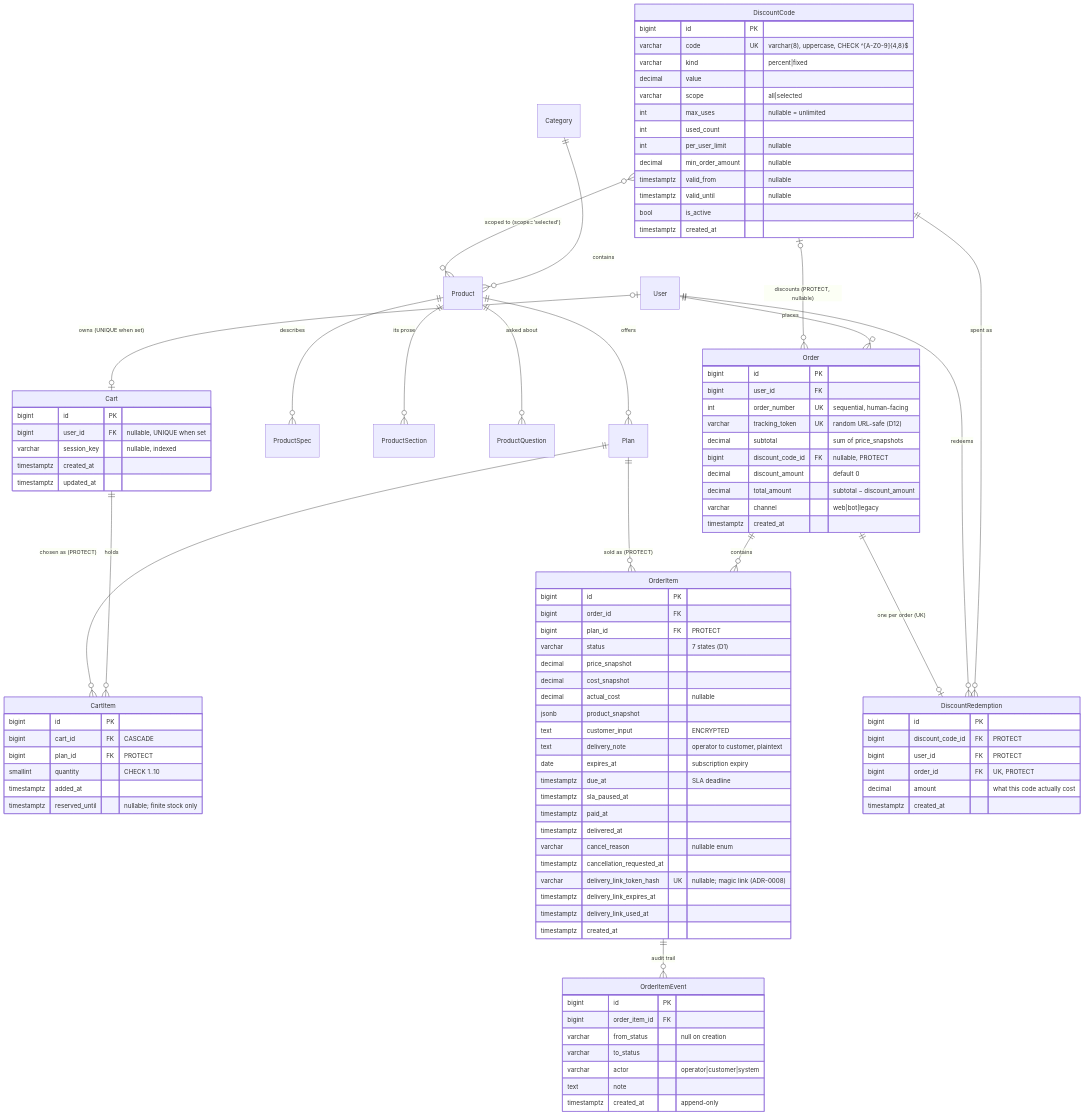
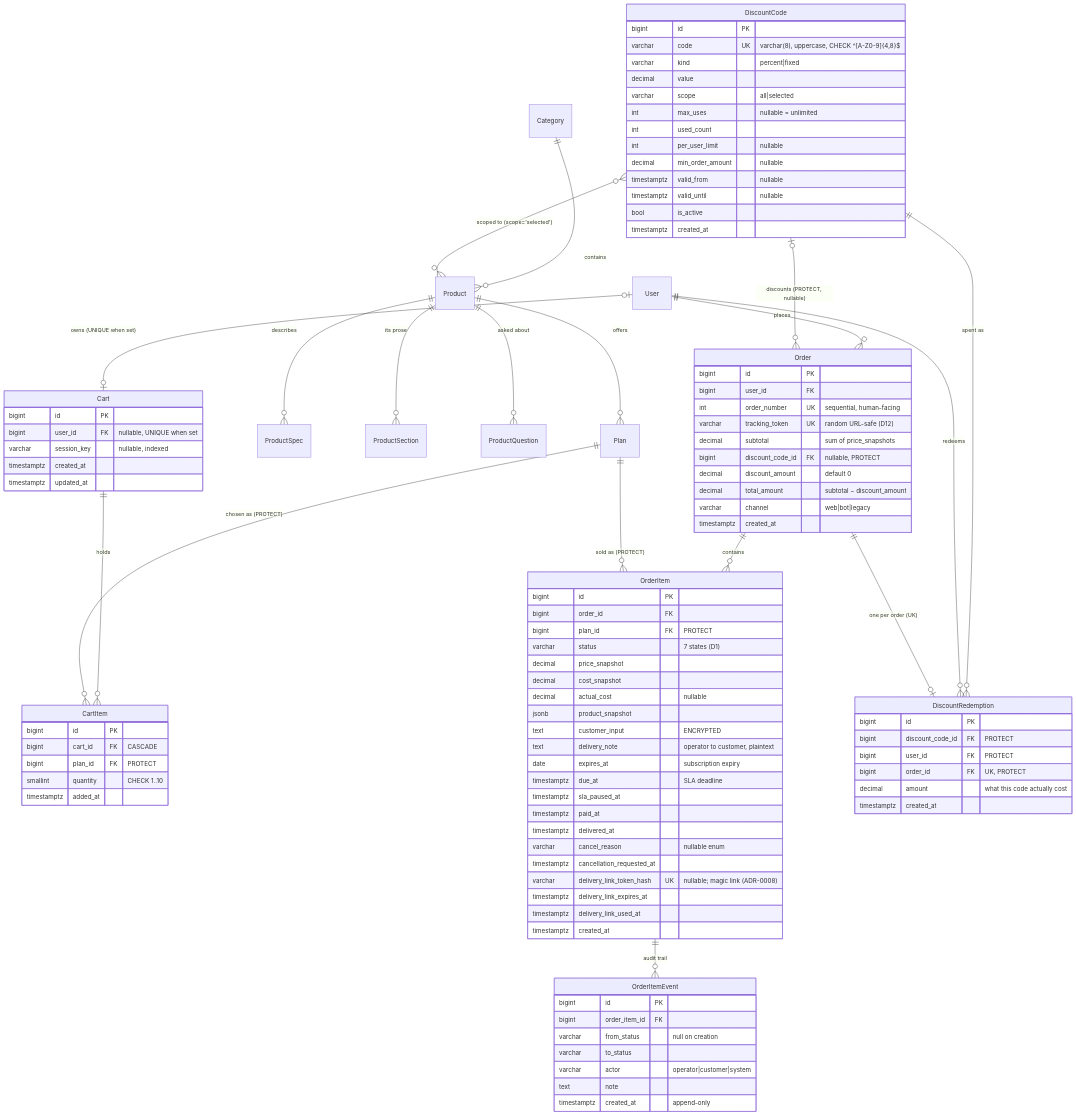
The diagram in docs/data-model.md (Sina-Amare/premshop), drawn with Mermaid before and after one commit. The commit also changed other lines of this file and 27 other files, not shown here.

```diff
--- a/docs/data-model.md
+++ b/docs/data-model.md
@@ -51,7 +51,6 @@
         bigint plan_id FK "PROTECT"
         smallint quantity "CHECK 1..10"
         timestamptz added_at
-        timestamptz reserved_until "nullable; finite stock only"
     }
     Order {
         bigint id PK
```
